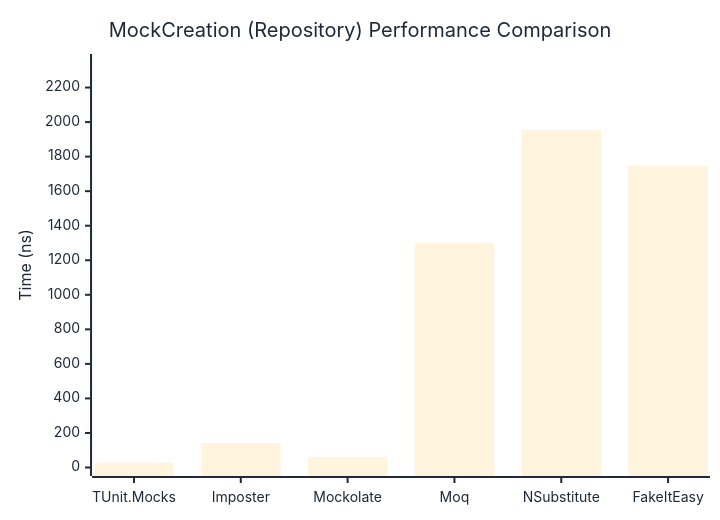
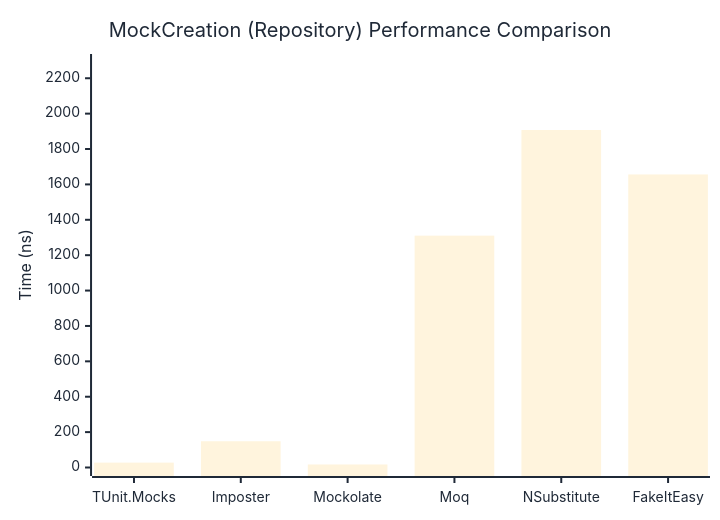
Before and after one commit to thomhurst/TUnit: the second of 2 diagrams in docs/docs/benchmarks/mocks/MockCreation.md, drawn with Mermaid. The commit also changed other lines of this file and 14 other files, not shown here.

````diff
--- a/docs/docs/benchmarks/mocks/MockCreation.md
+++ b/docs/docs/benchmarks/mocks/MockCreation.md
@@ -71,27 +71,27 @@
 ```mermaid
 %%{init: {
   'theme':'base',
   'themeVariables': {
     'primaryColor': '#2563eb',
     'primaryTextColor': '#1f2937',
     'primaryBorderColor': '#1e40af',
     'lineColor': '#6b7280',
     'secondaryColor': '#7c3aed',
     'tertiaryColor': '#dc2626',
     'background': '#ffffff',
     'pie1': '#2563eb',
     'pie2': '#7c3aed',
     'pie3': '#dc2626',
     'pie4': '#f59e0b',
     'pie5': '#10b981',
     'pie6': '#06b6d4',
     'pie7': '#ec4899',
     'pie8': '#6366f1'
   }
 }}%%
 xychart-beta
   title "MockCreation (Repository) Performance Comparison"
   x-axis ["TUnit.Mocks", "Imposter", "Mockolate", "Moq", "NSubstitute", "FakeItEasy"]
-  y-axis "Time (ns)" 0 --> 2345
-  bar [28.04, 142.32, 61.6, 1302.25, 1953.62, 1747.36]
+  y-axis "Time (ns)" 0 --> 2289
+  bar [27.6, 148.32, 17.06, 1310.44, 1907.43, 1656.25]
 ```
````
